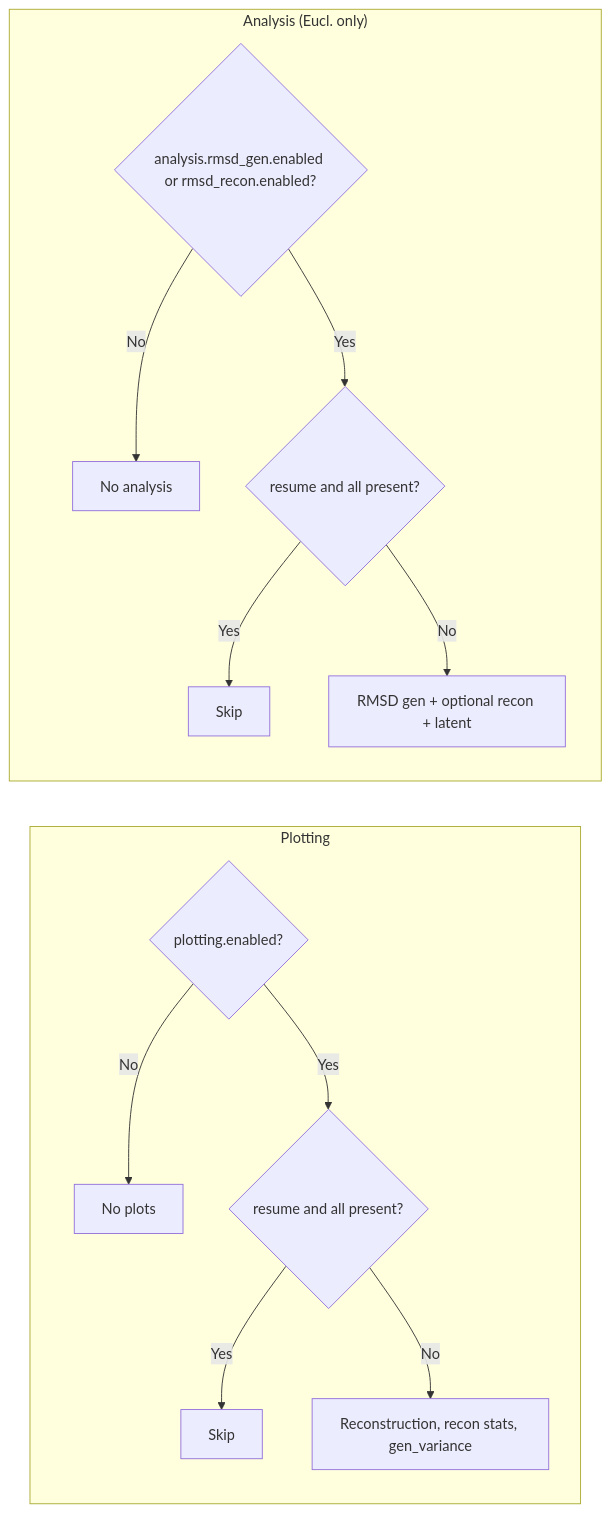
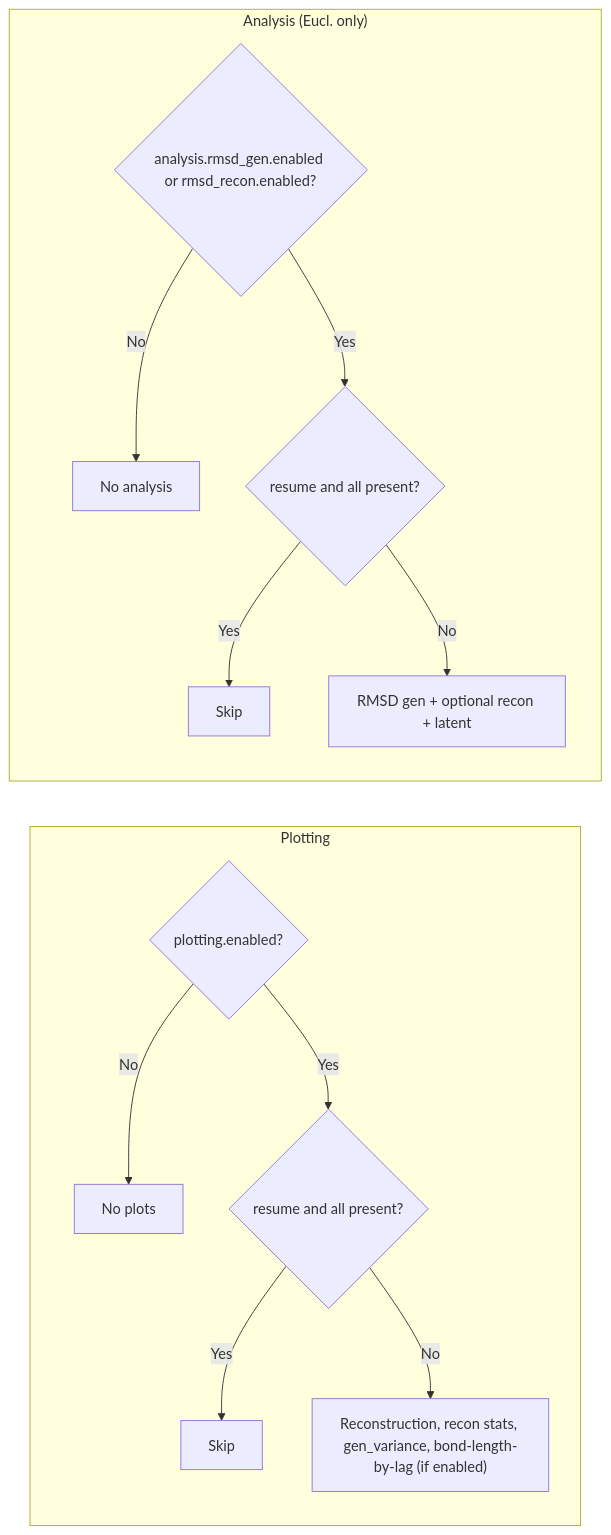
The third of 3 diagrams in README.md (AKuhn100/Euclideanizer_Pipeline), drawn with Mermaid before and after one commit. The commit also changed other lines of this file, not shown here.

````diff
--- a/README.md
+++ b/README.md
@@ -294,18 +294,18 @@
 ```mermaid
 flowchart LR
     subgraph plot["Plotting"]
         P1{"plotting.enabled?"}
         P1 -->|No| P2["No plots"]
         P1 -->|Yes| P3{"resume and all present?"}
         P3 -->|Yes| P4["Skip"]
-        P3 -->|No| P5["Reconstruction, recon stats, gen_variance"]
+        P3 -->|No| P5["Reconstruction, recon stats, gen_variance, bond-length-by-lag (if enabled)"]
     end
 
     subgraph analysis["Analysis (Eucl. only)"]
         A1{"analysis.rmsd_gen.enabled or rmsd_recon.enabled?"}
         A1 -->|No| A2["No analysis"]
         A1 -->|Yes| A3{"resume and all present?"}
         A3 -->|Yes| A4["Skip"]
         A3 -->|No| A5["RMSD gen + optional recon + latent"]
     end
 ```
````
